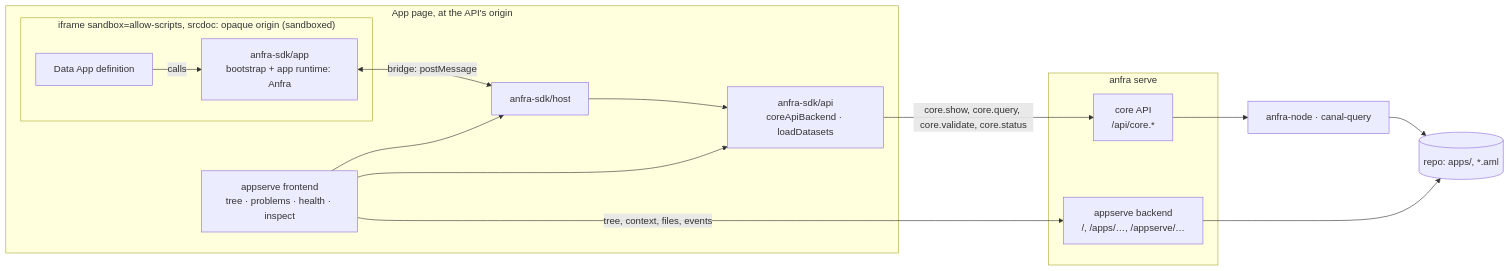
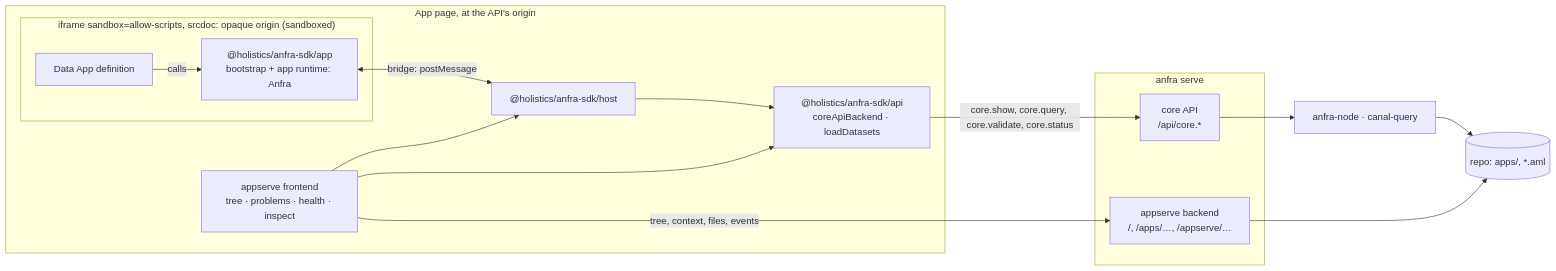
The diagram in docs/designs/data-apps.md (holistics/anfra), drawn with Mermaid before and after one commit. The commit also changed other lines of this file and 31 other files, not shown here.

Commit message:
build: publish @holistics/anfra-sdk

````diff
--- a/docs/designs/data-apps.md
+++ b/docs/designs/data-apps.md
@@ -31,29 +31,29 @@
 ```mermaid
 flowchart LR
   subgraph page["App page, at the API's origin"]
     fe["appserve frontend<br/>tree · problems · health · inspect"]
-    host["anfra-sdk/host"]
-    api["anfra-sdk/api<br/>coreApiBackend · loadDatasets"]
+    host["@holistics/anfra-sdk/host"]
+    api["@holistics/anfra-sdk/api<br/>coreApiBackend · loadDatasets"]
     subgraph frame["iframe sandbox=allow-scripts, srcdoc: opaque origin (sandboxed)"]
-      app["anfra-sdk/app<br/>bootstrap + app runtime: Anfra"]
+      app["@holistics/anfra-sdk/app<br/>bootstrap + app runtime: Anfra"]
       def["Data App definition"]
     end
   end
   subgraph serve["anfra serve"]
     appserve["appserve backend<br/>/, /apps/…, /appserve/…"]
     core["core API<br/>/api/core.*"]
   end
   sidecars["anfra-node · canal-query"]
   repo[("repo: apps/, *.aml")]
 
   def -->|"calls"| app
   app <-->|"bridge: postMessage"| host
   fe --> host
   host --> api
   fe --> api
   api -->|"core.show, core.query, core.validate, core.status"| core
   fe -->|"tree, context, files, events"| appserve
   core --> sidecars
   appserve --> repo
   sidecars --> repo
 ```
````
